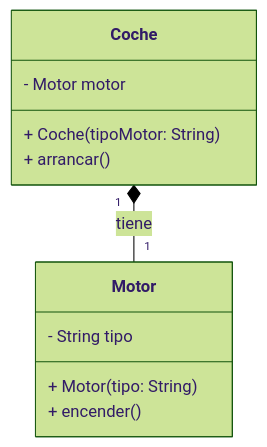
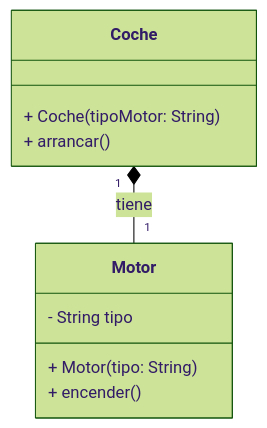
Before and after one commit to danielmartinan/programacion_2024-25: the diagram in UD6_1_Conceptos_Avanzados_POO.md, drawn with Mermaid (forest theme). The commit also changed other lines of this file and 1 other file, not shown here.

````diff
--- a/UD6_1_Conceptos_Avanzados_POO.md
+++ b/UD6_1_Conceptos_Avanzados_POO.md
@@ -135,24 +120,15 @@
 ```mermaid
 classDiagram
     class Motor {
-
-        \- String tipo
-
-        \+ Motor(tipo: String)
-
-        \+ encender()
-
+        - String tipo
+        + Motor(tipo: String)
+        + encender()
     }
 
     class Coche {
-
-        \- Motor motor
-
-        \+ Coche(tipoMotor: String)
-
-        \+ arrancar()
-
+        + Coche(tipoMotor: String)
+        + arrancar()
     }
 
     Coche "1" *-- "1" Motor : tiene
 ```
````
